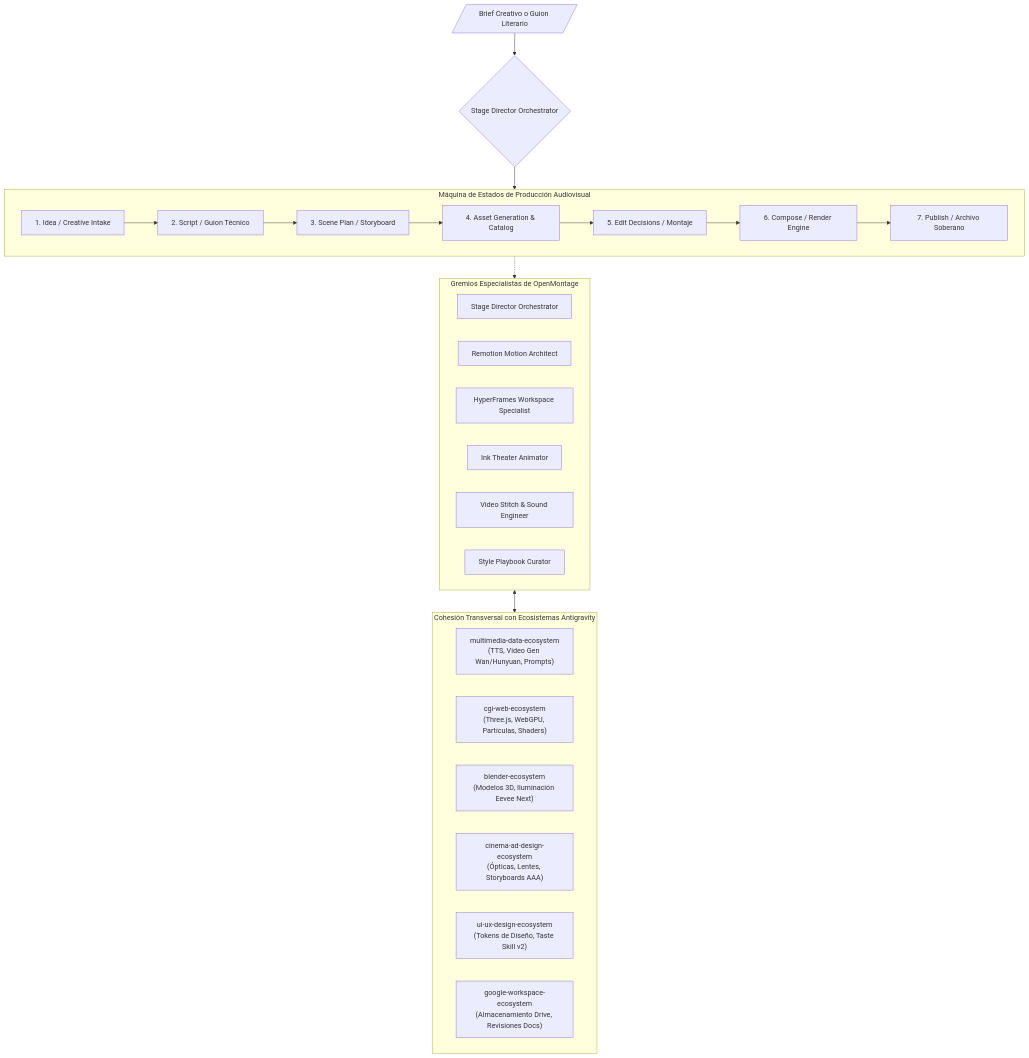
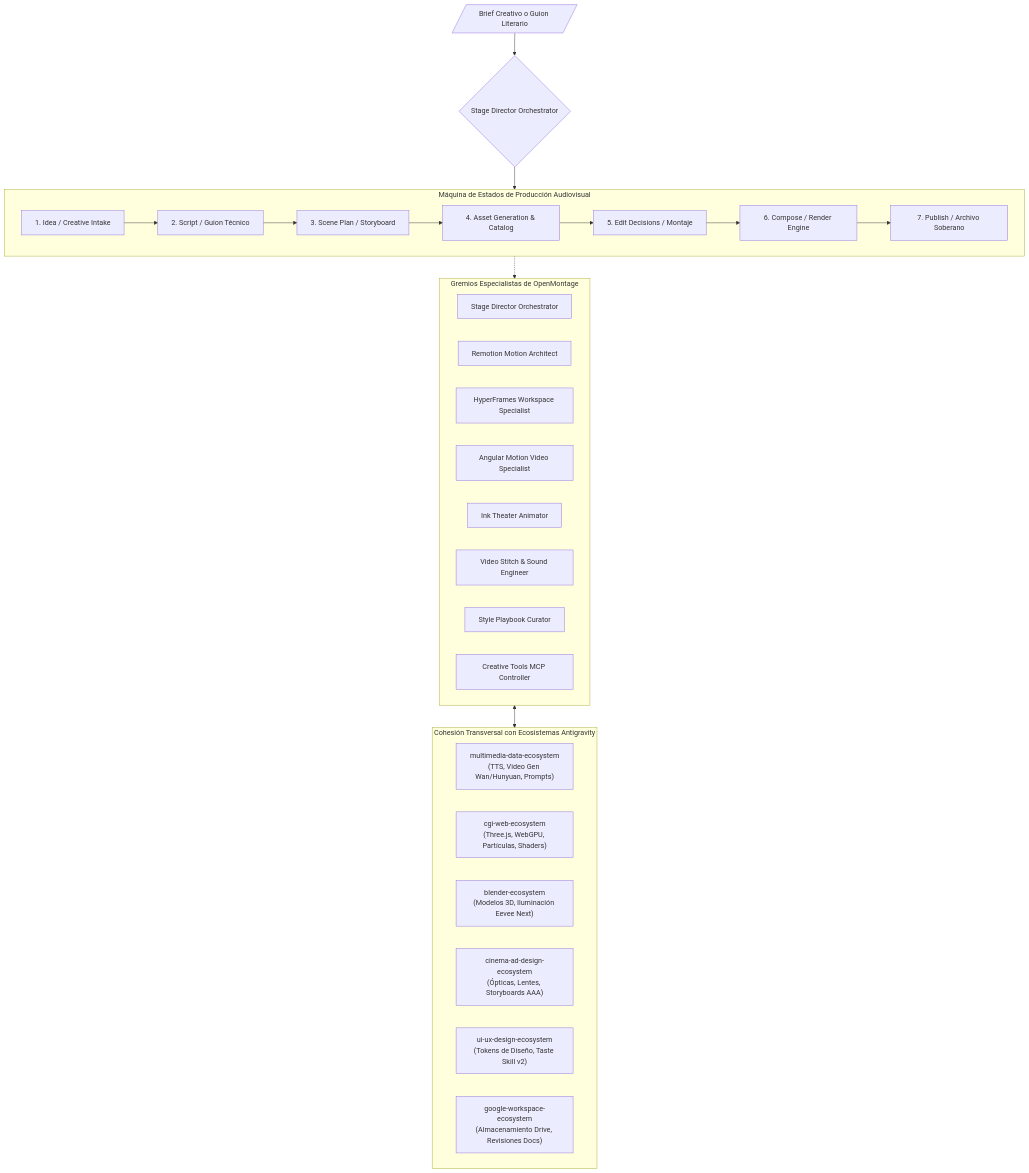
The diagram in agents-factory/open-montage-ecosystem/README.md (Nomackleo/agents-factory), drawn with Mermaid before and after one commit. The commit also changed other lines of this file and 22 other files, not shown here.

Commit message:
feat(creative-tools): add Blender, DaVinci Resolve, Creative Asset MCPs, Angular video specialist and master aesthetics encyclopedia

````diff
--- a/agents-factory/open-montage-ecosystem/README.md
+++ b/agents-factory/open-montage-ecosystem/README.md
@@ -13,41 +13,43 @@
 ```mermaid
 graph TD
     %% Entradas y Brief
     Input[/Brief Creativo o Guion Literario/] --> Router{Stage Director Orchestrator}
     
     %% Máquina de Estados del Pipeline
     subgraph Pipeline["Máquina de Estados de Producción Audiovisual"]
         S1["1. Idea / Creative Intake"] --> S2["2. Script / Guion Técnico"]
         S2 --> S3["3. Scene Plan / Storyboard"]
         S3 --> S4["4. Asset Generation & Catalog"]
         S4 --> S5["5. Edit Decisions / Montaje"]
         S5 --> S6["6. Compose / Render Engine"]
         S6 --> S7["7. Publish / Archivo Soberano"]
     end
 
     Router --> Pipeline
 
     %% Gremios de Especialistas
     subgraph Guilds["Gremios Especialistas de OpenMontage"]
         G1[Stage Director Orchestrator]
         G2[Remotion Motion Architect]
         G3[HyperFrames Workspace Specialist]
-        G4[Ink Theater Animator]
-        G5[Video Stitch & Sound Engineer]
-        G6[Style Playbook Curator]
+        G4[Angular Motion Video Specialist]
+        G5[Ink Theater Animator]
+        G6[Video Stitch & Sound Engineer]
+        G7[Style Playbook Curator]
+        G8[Creative Tools MCP Controller]
     end
 
     Pipeline -.-> Guilds
 
     %% Cohesión Transversal con Otros Ecosistemas
     subgraph Transversal["Cohesión Transversal con Ecosistemas Antigravity"]
         MD["multimedia-data-ecosystem<br/>(TTS, Video Gen Wan/Hunyuan, Prompts)"]
         CGI["cgi-web-ecosystem<br/>(Three.js, WebGPU, Partículas, Shaders)"]
         BL["blender-ecosystem<br/>(Modelos 3D, Iluminación Eevee Next)"]
         CA["cinema-ad-design-ecosystem<br/>(Ópticas, Lentes, Storyboards AAA)"]
         UI["ui-ux-design-ecosystem<br/>(Tokens de Diseño, Taste Skill v2)"]
         GW["google-workspace-ecosystem<br/>(Almacenamiento Drive, Revisiones Docs)"]
     end
 
     Guilds <--> Transversal
 ```
````
